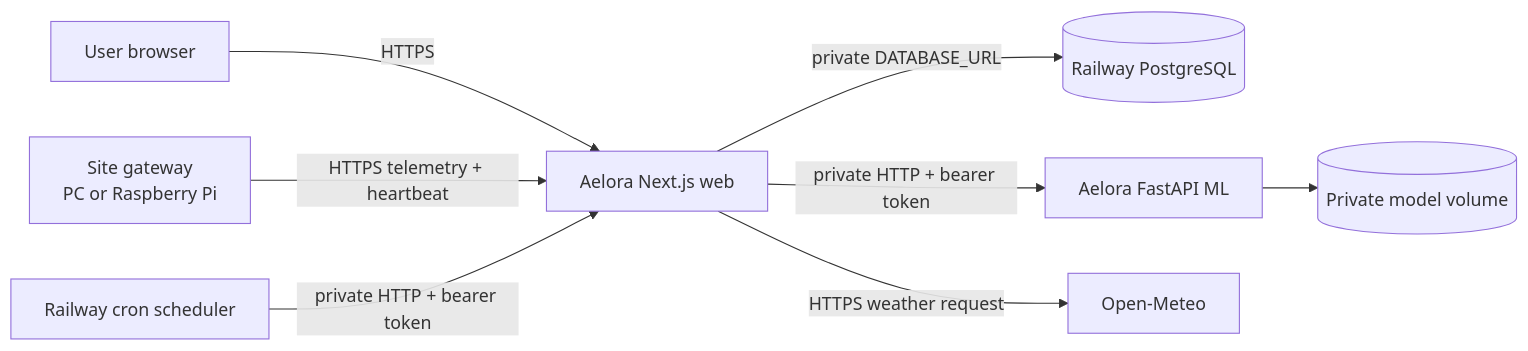
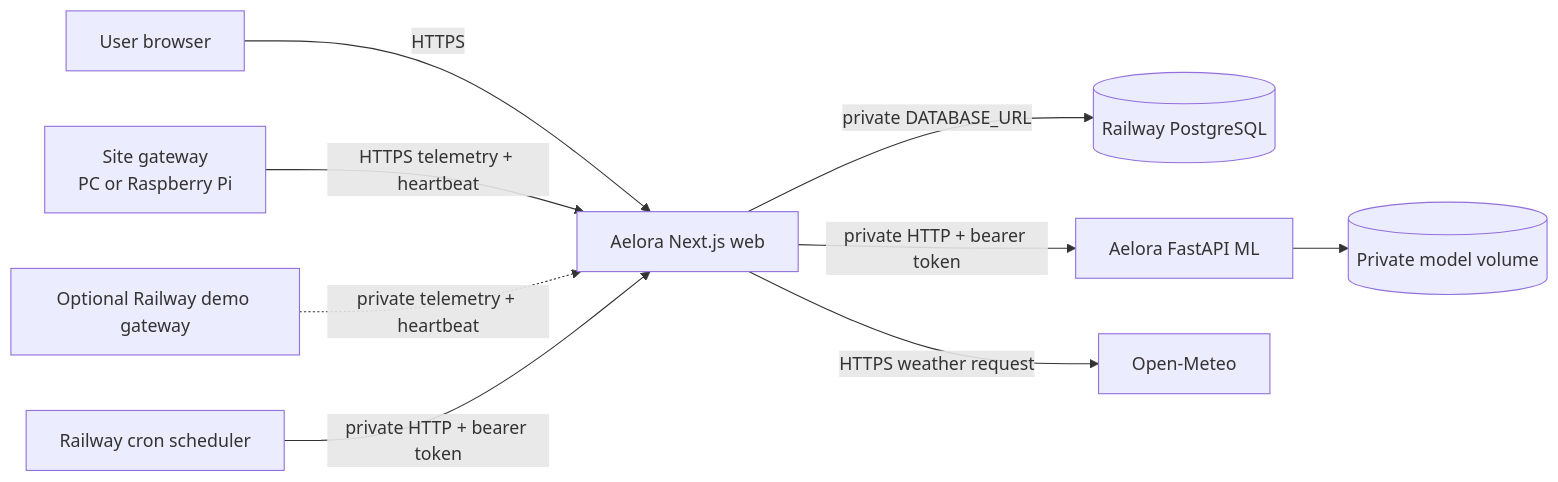
Before and after one commit to GoyumX/Aelora: the diagram in docs/deployment/RAILWAY_A_TO_Z.md, drawn with Mermaid. The commit also changed other lines of this file and 1 other file, not shown here.

Commit message:
docs: add hosted virtual gateway deployment path

````diff
--- a/docs/deployment/RAILWAY_A_TO_Z.md
+++ b/docs/deployment/RAILWAY_A_TO_Z.md
@@ -12,10 +13,11 @@
 ```mermaid
 flowchart LR
   Browser[User browser] -->|HTTPS| Web[Aelora Next.js web]
   Gateway[Site gateway\nPC or Raspberry Pi] -->|HTTPS telemetry + heartbeat| Web
+  DemoGateway[Optional Railway demo gateway] -.->|private telemetry + heartbeat| Web
   Web -->|private DATABASE_URL| DB[(Railway PostgreSQL)]
   Web -->|private HTTP + bearer token| ML[Aelora FastAPI ML]
   ML --> Model[(Private model volume)]
   Scheduler[Railway cron scheduler] -->|private HTTP + bearer token| Web
   Web -->|HTTPS weather request| Weather[Open-Meteo]
 ```
````
